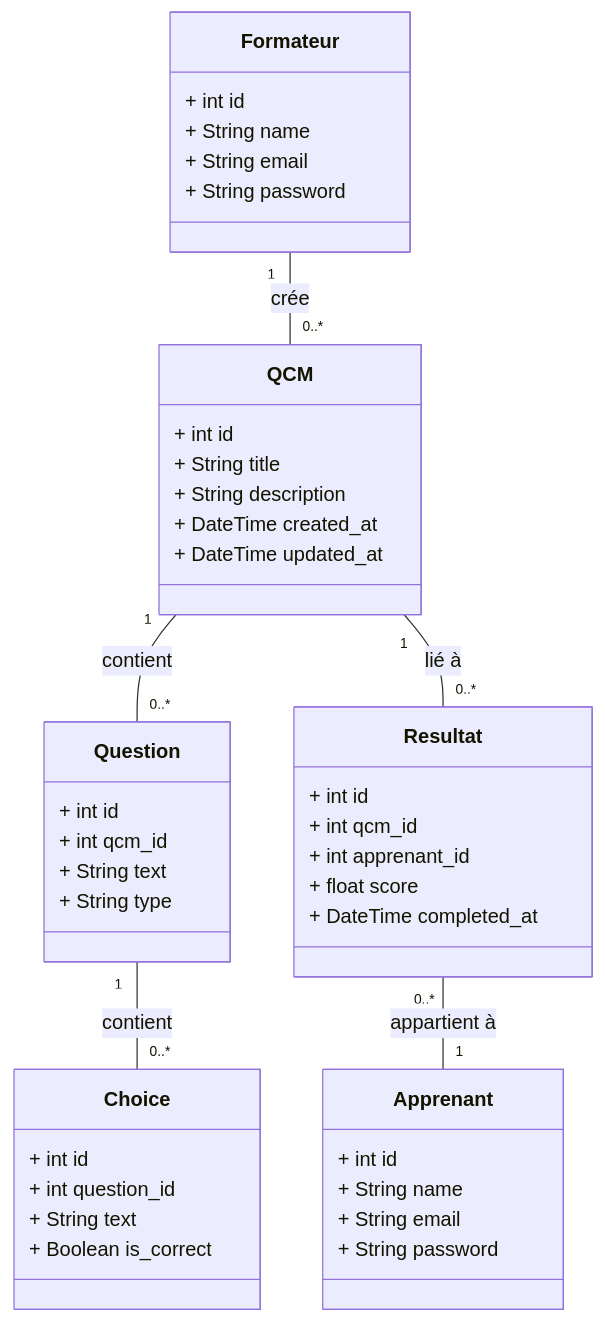
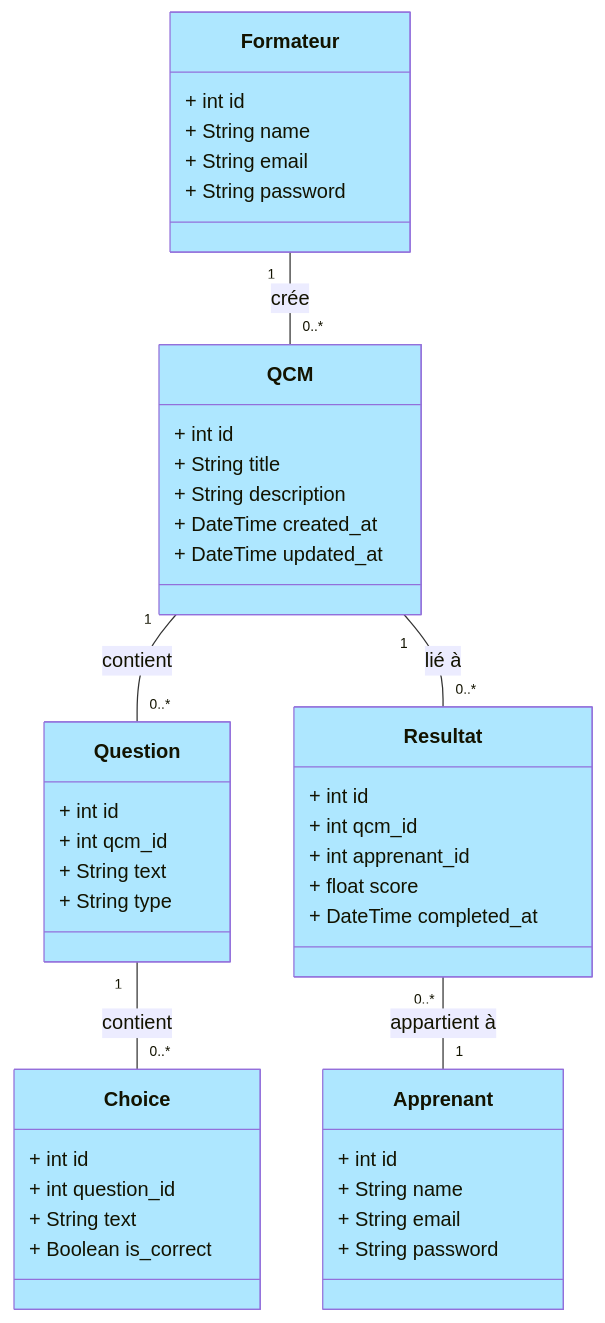
The diagram in Conception/Diagramme-De-Class.mmd (dinadehbi/Fille-Rouge-Soli-LMS), drawn with Mermaid before and after one commit. The commit also changed 3 other files, not shown here.

```diff
--- a/Conception/Diagramme-De-Class.mmd
+++ b/Conception/Diagramme-De-Class.mmd
@@ -1,50 +1,58 @@
 classDiagram
     class QCM {
         + int id
         + String title
         + String description
         + DateTime created_at
         + DateTime updated_at
     }
 
     class Question {
         + int id
         + int qcm_id
         + String text
         + String type
     }
 
     class Choice {
         + int id
         + int question_id
         + String text
         + Boolean is_correct
     }
 
     class Resultat {
         + int id
         + int qcm_id
         + int apprenant_id
         + float score
         + DateTime completed_at
     }
 
     class Apprenant {
         + int id
         + String name
         + String email
         + String password
     }
 
     class Formateur {
         + int id
         + String name
         + String email
         + String password
     }
 
     QCM "1" -- "0..*" Question : contient
     Question "1" -- "0..*" Choice : contient
     QCM "1" -- "0..*" Resultat : lié à
     Resultat "0..*" -- "1" Apprenant : appartient à
     Formateur "1" -- "0..*" QCM : crée
+
+    %% Styling classes to be light blue (AEE7FF)
+    style QCM fill:#AEE7FF
+    style Question fill:#AEE7FF
+    style Choice fill:#AEE7FF
+    style Resultat fill:#AEE7FF
+    style Apprenant fill:#AEE7FF
+    style Formateur fill:#AEE7FF
```
